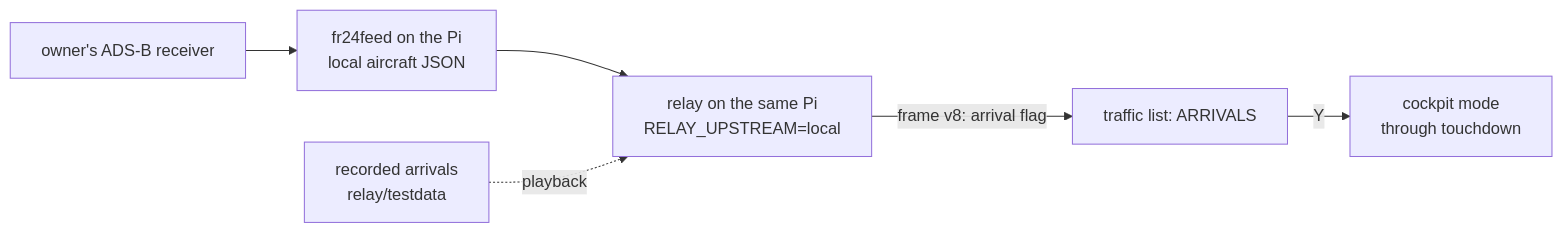
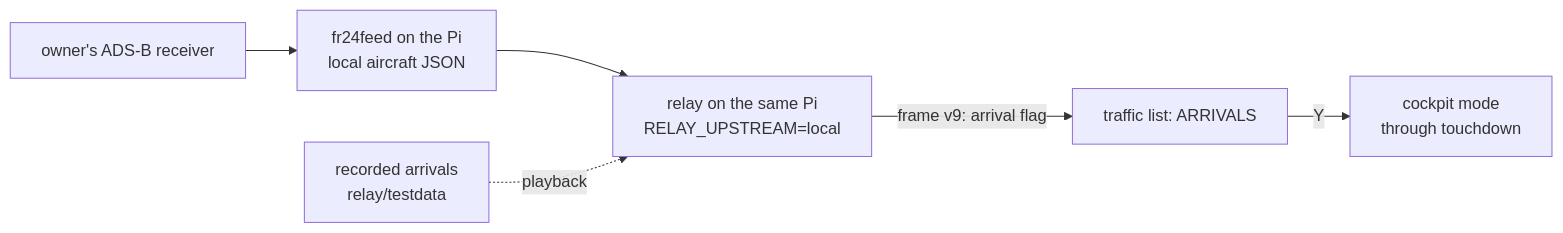
One commit to jfryman/mega-wifi-radar changed the diagram in lode/plans/watch-arrivals.md. Above: the diagram before and after it, drawn with Mermaid. The commit also changed other lines of this file and 39 other files, not shown here.

````diff
--- a/lode/plans/watch-arrivals.md
+++ b/lode/plans/watch-arrivals.md
@@ -10,7 +10,7 @@
 ```mermaid
 flowchart LR
   ANT[owner's ADS-B receiver] --> FR[fr24feed on the Pi<br/>local aircraft JSON] --> R[relay on the same Pi<br/>RELAY_UPSTREAM=local]
-  R -->|frame v8: arrival flag| L[traffic list: ARRIVALS]
+  R -->|frame v9: arrival flag| L[traffic list: ARRIVALS]
   L -->|Y| C[cockpit mode<br/>through touchdown]
   REC[recorded arrivals<br/>relay/testdata] -.->|playback| R
 ```
````
